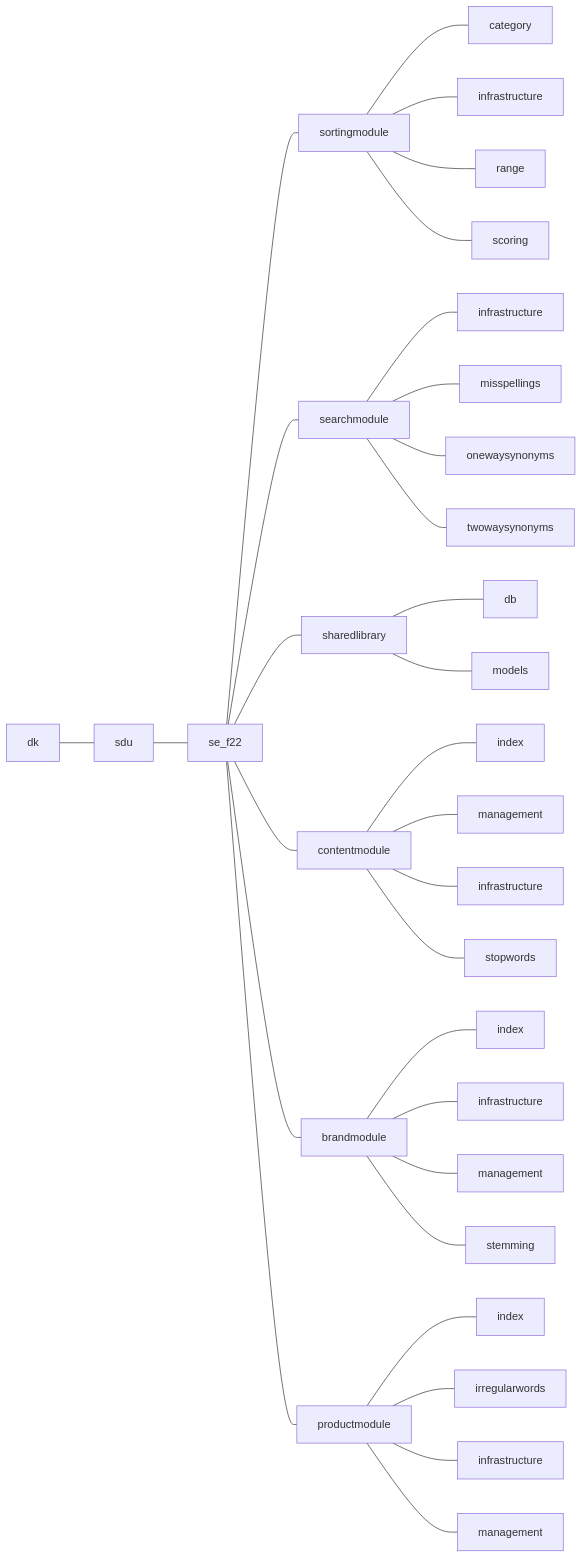
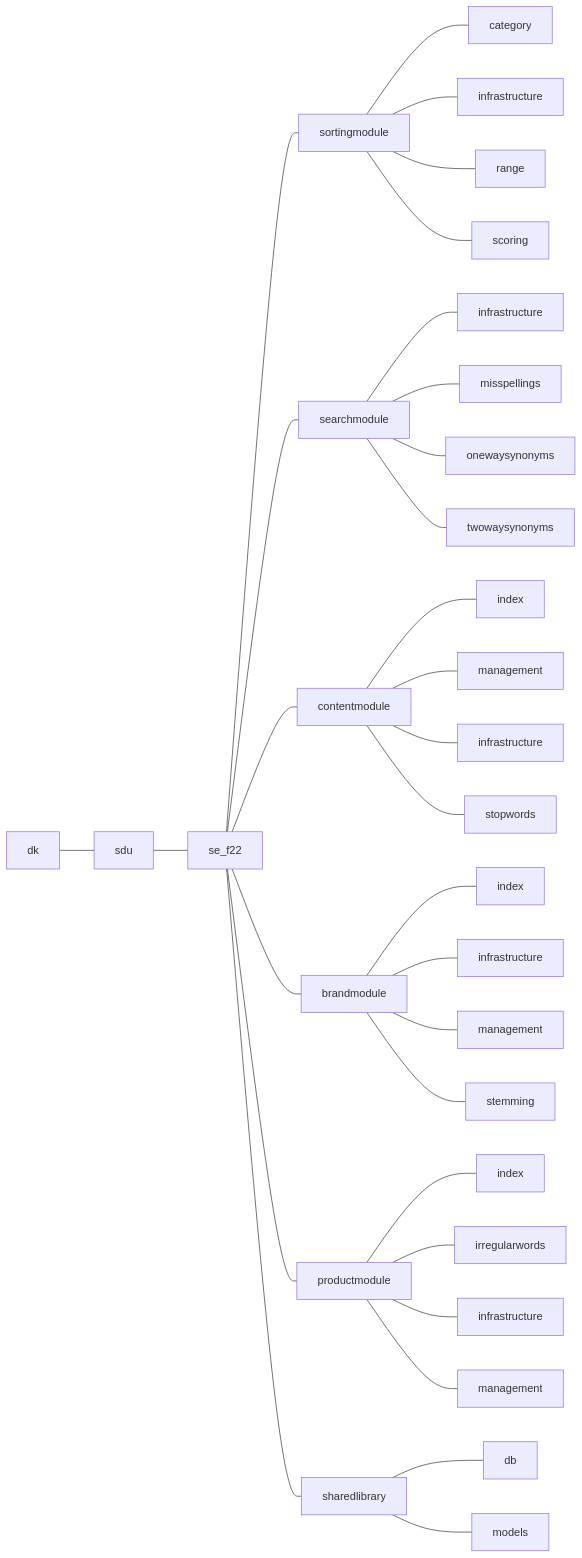
The diagram in README.md (LangeHenrik/SDU-SE-F22), drawn with Mermaid before and after one commit. The commit also changed other lines of this file, not shown here.

Commit message:
Reordered sharedlibrary to bottom

````diff
--- a/README.md
+++ b/README.md
@@ -9,38 +9,38 @@
 ```mermaid
 flowchart LR
 dk --- sdu --- javase[se_f22]
 
 javase --- som[sortingmodule]
 som --- som_som[category]
 som --- som_inf[infrastructure]
 som --- range
 som --- scoring
 
 javase --- sem[searchmodule]
 sem --- sem_inf[infrastructure]
 sem --- misspellings
 sem --- onewaysynonyms
 sem --- twowaysynonyms
-
-javase --- sharedlibrary
-sharedlibrary --- db
-sharedlibrary --- models
 
 javase --- cms[contentmodule]
 cms --- cms_ind[index]
 cms --- cms_man[management]
 cms --- cms_inf[infrastructure]
 cms --- stopwords
 
 javase --- bim[brandmodule]
 bim --- bim_ind[index]
 bim --- bim_inf[infrastructure]
 bim --- bim_man[management]
 bim --- stemming
 
 javase --- prm[productmodule]
 prm --- prm_ind[index]
 prm --- irregularwords
 prm --- prm_inf[infrastructure]
 prm --- prm_man[management]
+
+javase --- sharedlibrary
+sharedlibrary --- db
+sharedlibrary --- models
 ```
````
